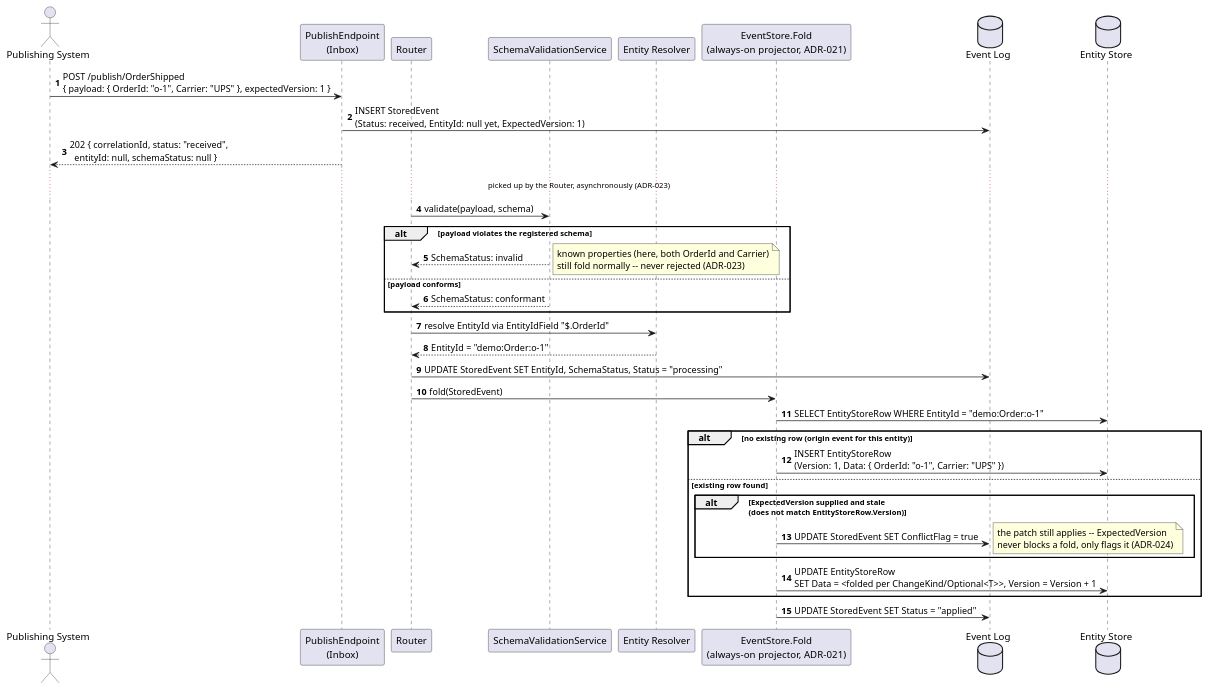
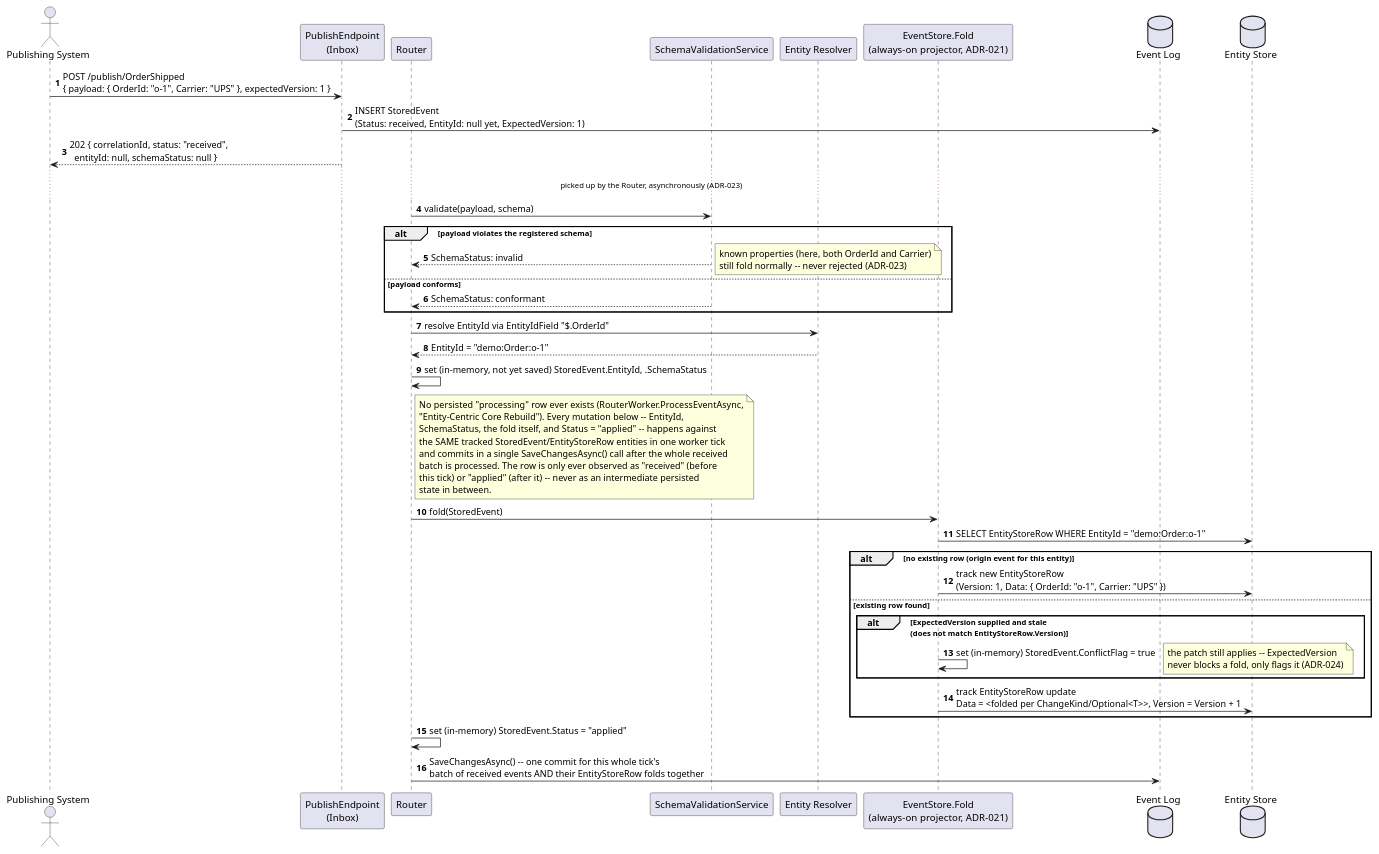
One commit to Mwwhited-BookLearning/EventSourcing changed the first of 3 diagrams in docs/features/entity-concept.md. Above: the diagram before and after it, drawn with PlantUML. The commit also changed 46 other files, not shown here.

````diff
--- a/docs/features/entity-concept.md
+++ b/docs/features/entity-concept.md
@@ -53,40 +53,51 @@
 ```plantuml
 @startuml Entity_Publish_Fold_Sequence
 autonumber
 actor "Publishing System" as publisher
 participant "PublishEndpoint\n(Inbox)" as inbox
 participant "Router" as router
 participant "SchemaValidationService" as validator
 participant "Entity Resolver" as resolver
 participant "EventStore.Fold\n(always-on projector, ADR-021)" as fold
 database "Event Log" as eventLog
 database "Entity Store" as entityStore
 
 publisher -> inbox: POST /publish/OrderShipped\n{ payload: { OrderId: "o-1", Carrier: "UPS" }, expectedVersion: 1 }
 inbox -> eventLog: INSERT StoredEvent\n(Status: received, EntityId: null yet, ExpectedVersion: 1)
 inbox --> publisher: 202 { correlationId, status: "received",\n  entityId: null, schemaStatus: null }
 ...picked up by the Router, asynchronously (ADR-023)...
 router -> validator: validate(payload, schema)
 alt payload violates the registered schema
   validator --> router: SchemaStatus: invalid
   note right: known properties (here, both OrderId and Carrier)\nstill fold normally -- never rejected (ADR-023)
 else payload conforms
   validator --> router: SchemaStatus: conformant
 end
 router -> resolver: resolve EntityId via EntityIdField "$.OrderId"
 resolver --> router: EntityId = "demo:Order:o-1"
-router -> eventLog: UPDATE StoredEvent SET EntityId, SchemaStatus, Status = "processing"
+router -> router: set (in-memory, not yet saved) StoredEvent.EntityId, .SchemaStatus
+note right of router
+  No persisted "processing" row ever exists (RouterWorker.ProcessEventAsync,
+  "Entity-Centric Core Rebuild"). Every mutation below -- EntityId,
+  SchemaStatus, the fold itself, and Status = "applied" -- happens against
+  the SAME tracked StoredEvent/EntityStoreRow entities in one worker tick
+  and commits in a single SaveChangesAsync() call after the whole received
+  batch is processed. The row is only ever observed as "received" (before
+  this tick) or "applied" (after it) -- never as an intermediate persisted
+  state in between.
+end note
 router -> fold: fold(StoredEvent)
 fold -> entityStore: SELECT EntityStoreRow WHERE EntityId = "demo:Order:o-1"
 alt no existing row (origin event for this entity)
-  fold -> entityStore: INSERT EntityStoreRow\n(Version: 1, Data: { OrderId: "o-1", Carrier: "UPS" })
+  fold -> entityStore: track new EntityStoreRow\n(Version: 1, Data: { OrderId: "o-1", Carrier: "UPS" })
 else existing row found
   alt ExpectedVersion supplied and stale\n(does not match EntityStoreRow.Version)
-    fold -> eventLog: UPDATE StoredEvent SET ConflictFlag = true
+    fold -> fold: set (in-memory) StoredEvent.ConflictFlag = true
     note right: the patch still applies -- ExpectedVersion\nnever blocks a fold, only flags it (ADR-024)
   end
-  fold -> entityStore: UPDATE EntityStoreRow\nSET Data = <folded per ChangeKind/Optional<T>>, Version = Version + 1
+  fold -> entityStore: track EntityStoreRow update\nData = <folded per ChangeKind/Optional<T>>, Version = Version + 1
 end
-fold -> eventLog: UPDATE StoredEvent SET Status = "applied"
+router -> router: set (in-memory) StoredEvent.Status = "applied"
+router -> eventLog: SaveChangesAsync() -- one commit for this whole tick's\nbatch of received events AND their EntityStoreRow folds together
 @enduml
 ```
````
